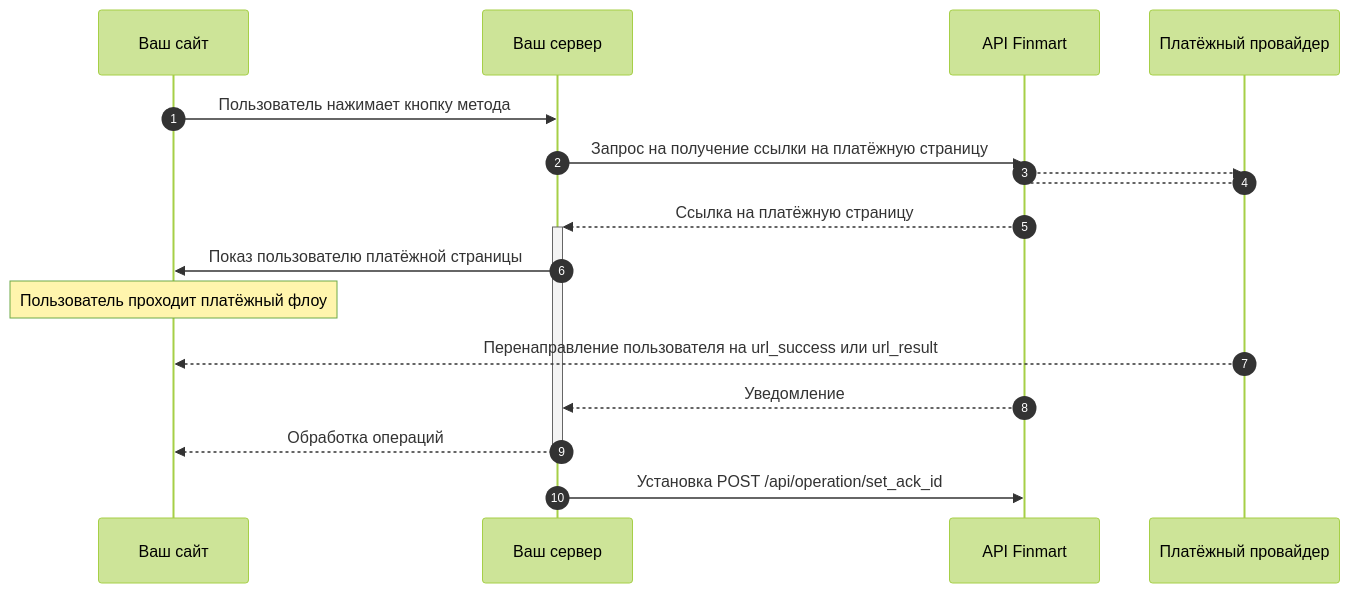
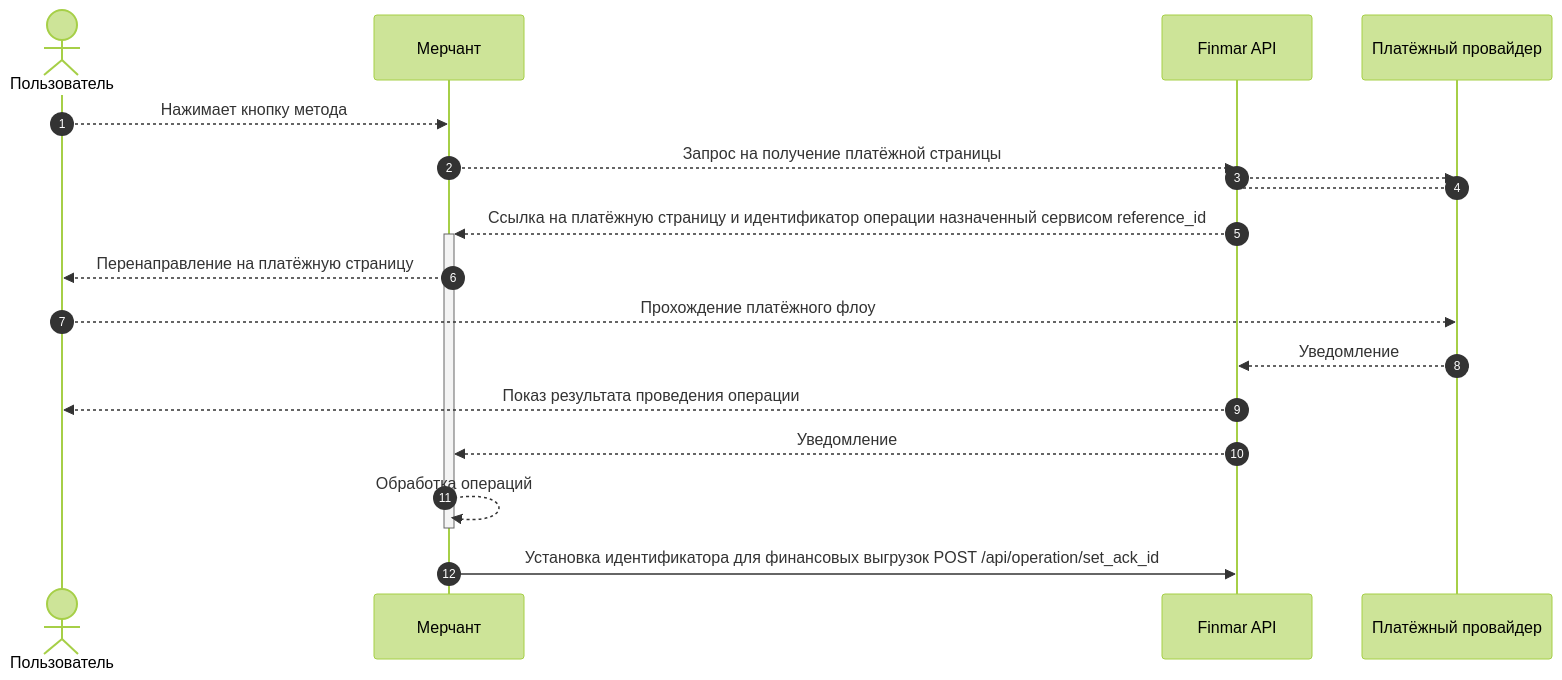
One commit to sergeyglobo/documentation changed the first of 2 diagrams in products/checkout.mdx. Above: the diagram before and after it, drawn with Mermaid (forest theme). The commit also changed other lines of this file, not shown here.

````diff
--- a/products/checkout.mdx
+++ b/products/checkout.mdx
@@ -15,23 +11,21 @@
 ```mermaid
 sequenceDiagram
-autonumber
-    participant site as Ваш сайт #lightGreen
-    participant server as Ваш сервер
-    participant finmart as API Finmart 
-    participant	payment as Платёжный провайдер
+  actor user as Пользователь
+  participant merchant as Мерчант
+  participant finmar as Finmar API
+  participant payment as Платёжный провайдер
 
-
-
-    site->>server: Пользователь нажимает кнопку метода 
-    server->>finmart: Запрос на получение ссылки на платёжную страницу 
-    finmart-->>payment: 
-    payment-->finmart: 
-    finmart-->>+server: Ссылка на платёжную страницу 
-    server->>site: Показ пользователю платёжной страницы
-    note over site:  Пользователь проходит платёжный флоу
-    payment-->>site: Перенаправление пользователя на url_success или url_result
-    finmart-->>server: Уведомление
-    server-->>-site: Обработка операций
-    server->>finmart: Установка POST /api/operation/set_ack_id    
-    
+  autonumber
+  user -->> merchant: Нажимает кнопку метода
+  merchant -->> finmar: Запрос на получение платёжной страницы
+  finmar -->> payment: 
+  payment --> finmar: 
+  finmar -->>+ merchant: Ссылка на платёжную страницу и идентификатор операции назначенный сервисом reference_id
+  merchant -->> user: Перенаправление на платёжную страницу
+  user -->> payment: Прохождение платёжного флоу
+  payment -->> finmar: Уведомление
+  finmar -->> user: Показ результата проведения операции
+  finmar -->> merchant: Уведомление
+  merchant -->>- merchant: Обработка операций
+  merchant ->> finmar: Установка идентификатора для финансовых выгрузок POST /api/operation/set_ack_id
 ```
````
